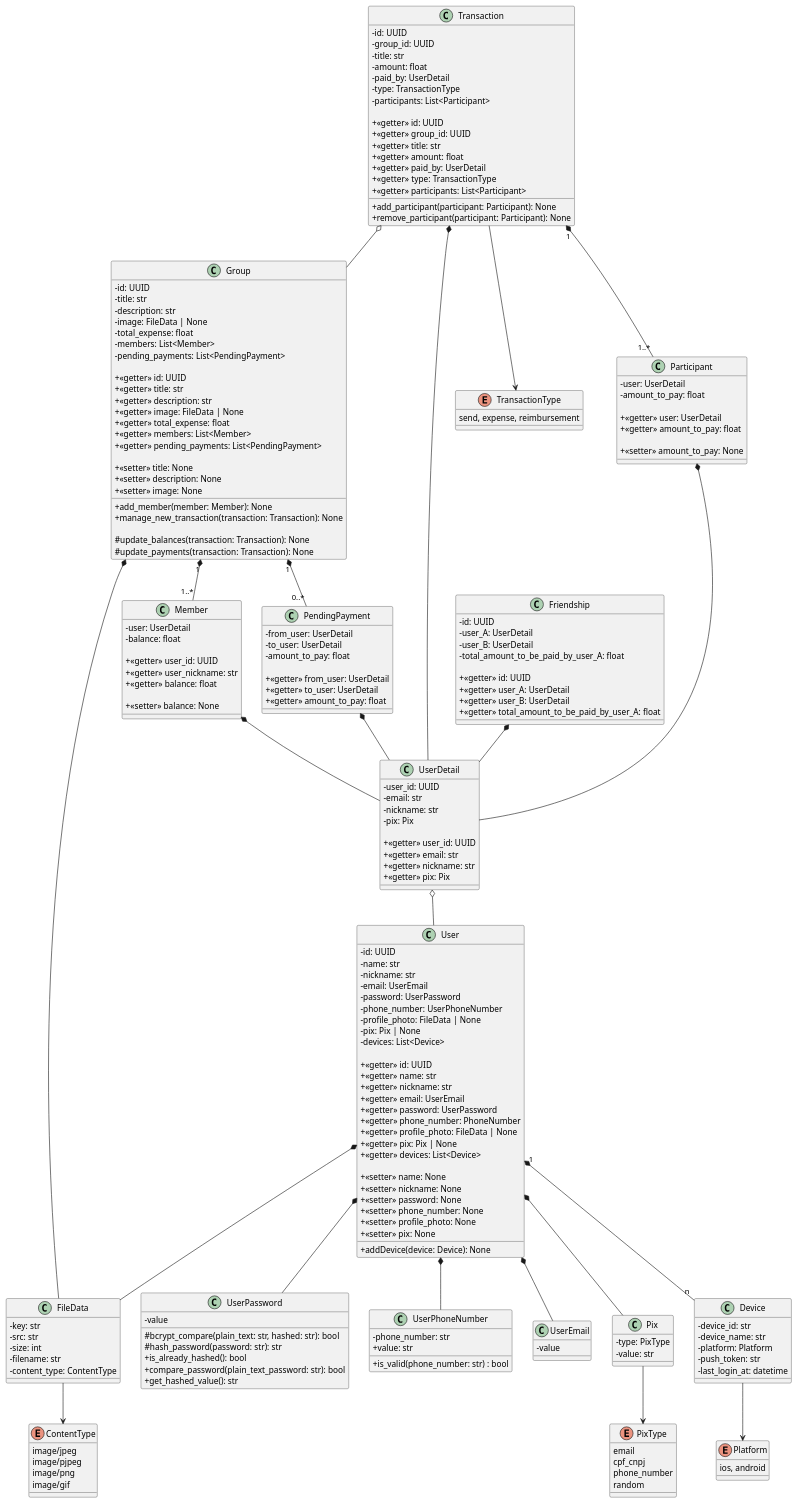
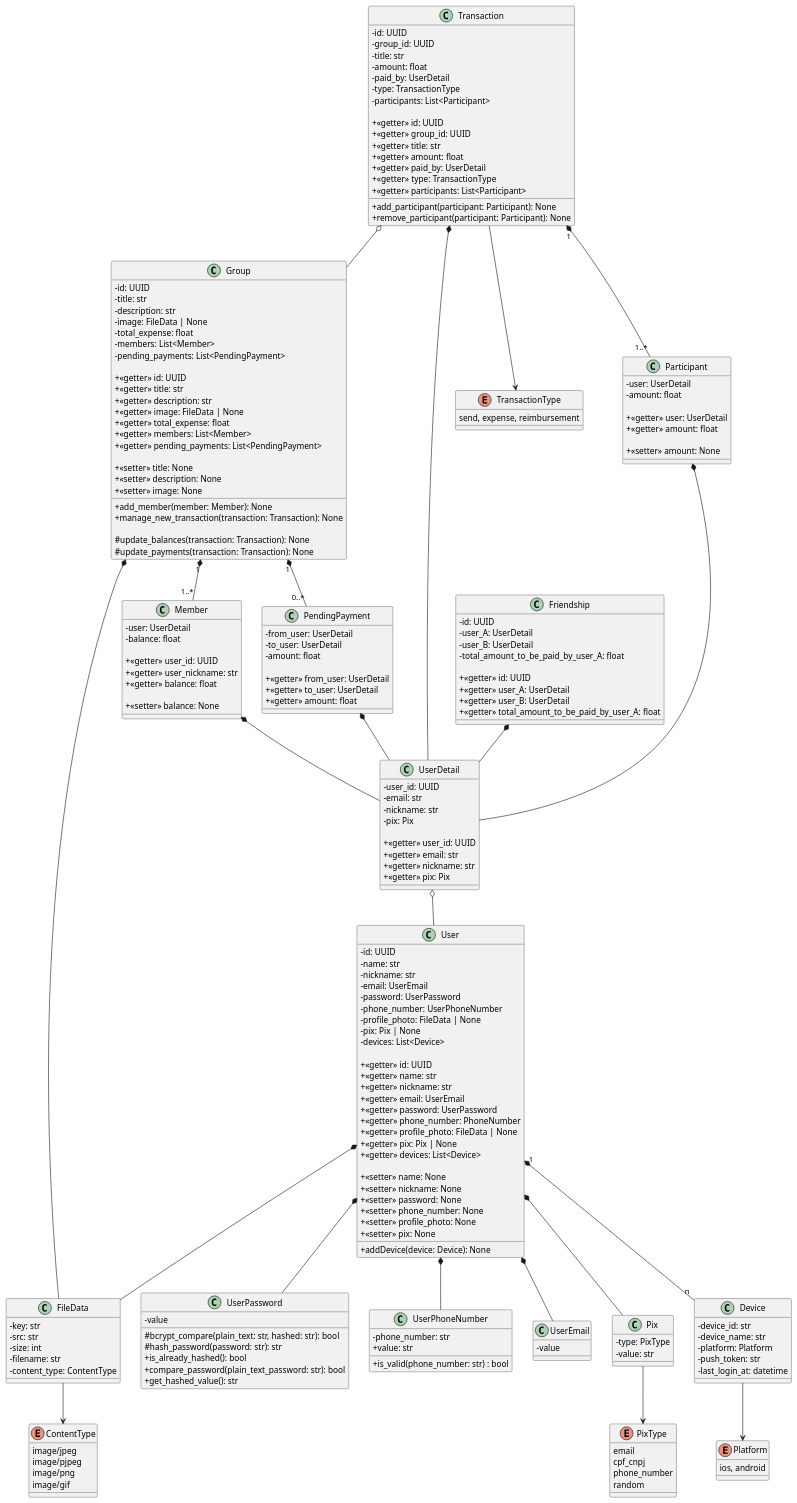
The diagram in uml/uml.puml (joaopedropiraja/FazAConta-backend), drawn with PlantUML before and after one commit. The commit also changed 14 other files, not shown here.

Commit message:
feat: amount to pay changed to amount

```diff
--- a/uml/uml.puml
+++ b/uml/uml.puml
@@ -184,22 +184,22 @@
 
 class Participant {
   - user: UserDetail
-  - amount_to_pay: float
+  - amount: float
 
   + <<getter>> user: UserDetail 
-  + <<getter>> amount_to_pay: float
+  + <<getter>> amount: float
 
-  + <<setter>> amount_to_pay: None
+  + <<setter>> amount: None
 }
 
 class PendingPayment {
   - from_user: UserDetail
   - to_user: UserDetail
-  - amount_to_pay: float
+  - amount: float
 
   + <<getter>> from_user: UserDetail
   + <<getter>> to_user: UserDetail 
-  + <<getter>> amount_to_pay: float  
+  + <<getter>> amount: float  
 }
 
 Group "1" *-- "1..*" Member
```
